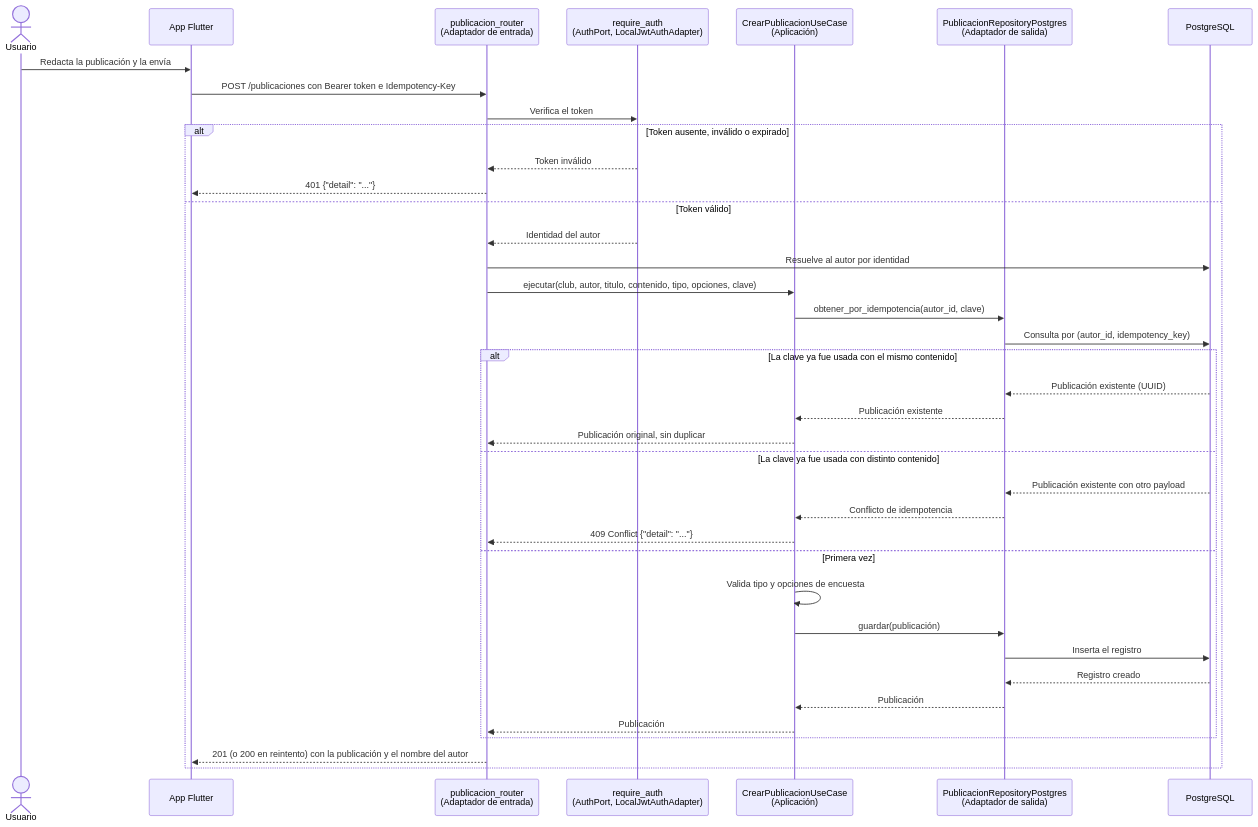
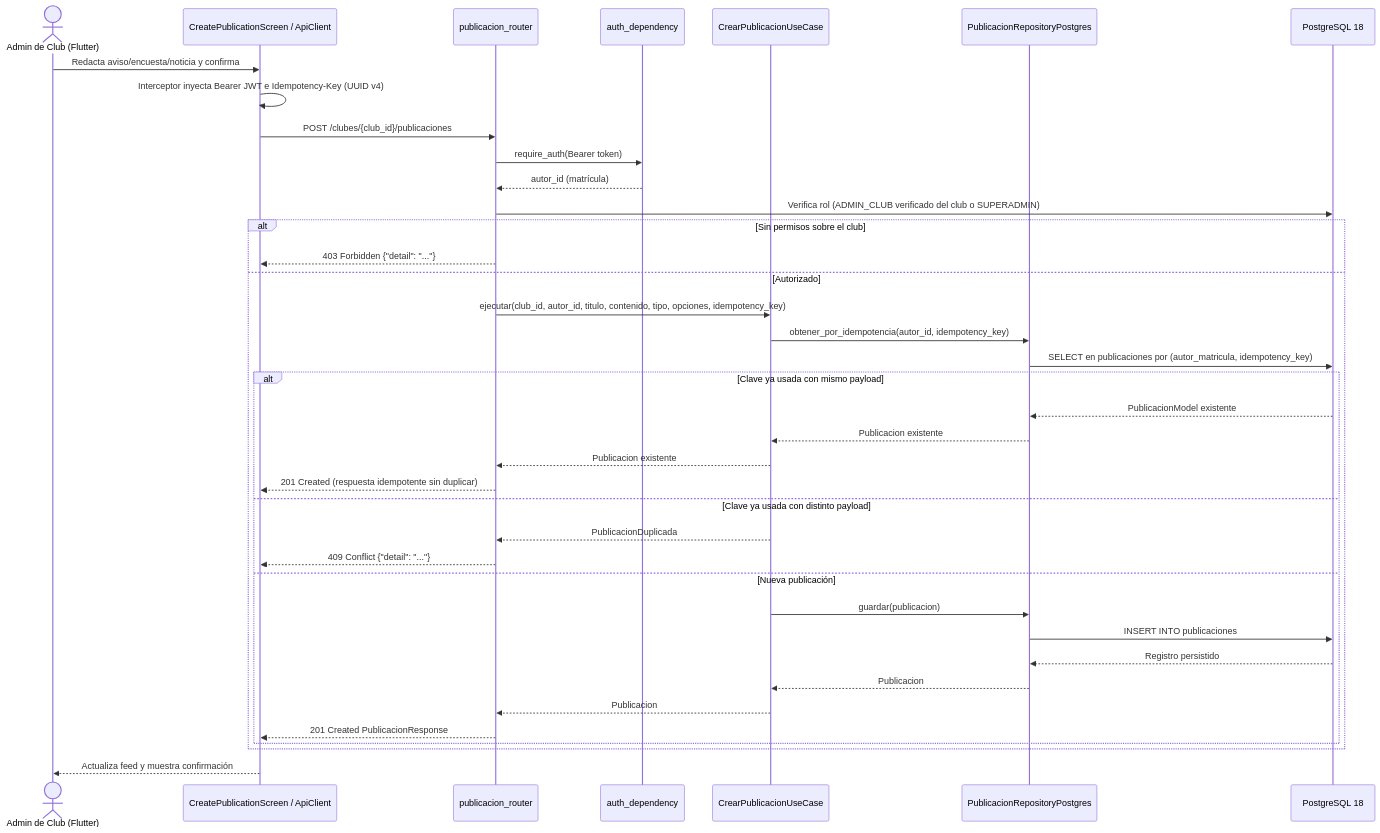
One commit to ISCOUTB/AS_202620_Clubs_UTB changed the third of 4 diagrams in docs/arc42/06_vista_de_ejecucion.md. Above: the diagram before and after it, drawn with Mermaid. The commit also changed other lines of this file and 42 other files, not shown here.

````diff
--- a/docs/arc42/06_vista_de_ejecucion.md
+++ b/docs/arc42/06_vista_de_ejecucion.md
@@ -78,41 +66,41 @@
 ```mermaid
 sequenceDiagram
-    actor U as Usuario
-    participant APP as App Flutter
-    participant R as publicacion_router<br/>(Adaptador de entrada)
-    participant AUTH as require_auth<br/>(AuthPort, LocalJwtAuthAdapter)
-    participant UC as CrearPublicacionUseCase<br/>(Aplicación)
-    participant REP as PublicacionRepositoryPostgres<br/>(Adaptador de salida)
-    participant DB as PostgreSQL
+    actor A as Admin de Club (Flutter)
+    participant UI as CreatePublicationScreen / ApiClient
+    participant R as publicacion_router
+    participant AUTH as auth_dependency
+    participant UC as CrearPublicacionUseCase
+    participant REPO as PublicacionRepositoryPostgres
+    participant DB as PostgreSQL 18
 
-    U->>APP: Redacta la publicación y la envía
-    APP->>R: POST /publicaciones con Bearer token e Idempotency-Key
-    R->>AUTH: Verifica el token
-    alt Token ausente, inválido o expirado
-        AUTH-->>R: Token inválido
-        R-->>APP: 401 {"detail": "..."}
-    else Token válido
-        AUTH-->>R: Identidad del autor
-        R->>DB: Resuelve al autor por identidad
-        R->>UC: ejecutar(club, autor, titulo, contenido, tipo, opciones, clave)
-        UC->>REP: obtener_por_idempotencia(autor_id, clave)
-        REP->>DB: Consulta por (autor_id, idempotency_key)
-        alt La clave ya fue usada con el mismo contenido
-            DB-->>REP: Publicación existente (UUID)
-            REP-->>UC: Publicación existente
-            UC-->>R: Publicación original, sin duplicar
-        else La clave ya fue usada con distinto contenido
-            DB-->>REP: Publicación existente con otro payload
-            REP-->>UC: Conflicto de idempotencia
-            UC-->>R: 409 Conflict {"detail": "..."}
-        else Primera vez
-            UC->>UC: Valida tipo y opciones de encuesta
-            UC->>REP: guardar(publicación)
-            REP->>DB: Inserta el registro
-            DB-->>REP: Registro creado
-            REP-->>UC: Publicación
-            UC-->>R: Publicación
+    A->>UI: Redacta aviso/encuesta/noticia y confirma
+    UI->>UI: Interceptor inyecta Bearer JWT e Idempotency-Key (UUID v4)
+    UI->>R: POST /clubes/{club_id}/publicaciones
+    R->>AUTH: require_auth(Bearer token)
+    AUTH-->>R: autor_id (matrícula)
+    R->>DB: Verifica rol (ADMIN_CLUB verificado del club o SUPERADMIN)
+    alt Sin permisos sobre el club
+        R-->>UI: 403 Forbidden {"detail": "..."}
+    else Autorizado
+        R->>UC: ejecutar(club_id, autor_id, titulo, contenido, tipo, opciones, idempotency_key)
+        UC->>REPO: obtener_por_idempotencia(autor_id, idempotency_key)
+        REPO->>DB: SELECT en publicaciones por (autor_matricula, idempotency_key)
+        alt Clave ya usada con mismo payload
+            DB-->>REPO: PublicacionModel existente
+            REPO-->>UC: Publicacion existente
+            UC-->>R: Publicacion existente
+            R-->>UI: 201 Created (respuesta idempotente sin duplicar)
+        else Clave ya usada con distinto payload
+            UC-->>R: PublicacionDuplicada
+            R-->>UI: 409 Conflict {"detail": "..."}
+        else Nueva publicación
+            UC->>REPO: guardar(publicacion)
+            REPO->>DB: INSERT INTO publicaciones
+            DB-->>REPO: Registro persistido
+            REPO-->>UC: Publicacion
+            UC-->>R: Publicacion
+            R-->>UI: 201 Created PublicacionResponse
         end
-        R-->>APP: 201 (o 200 en reintento) con la publicación y el nombre del autor
     end
+    UI-->>A: Actualiza feed y muestra confirmación
 ```
````
